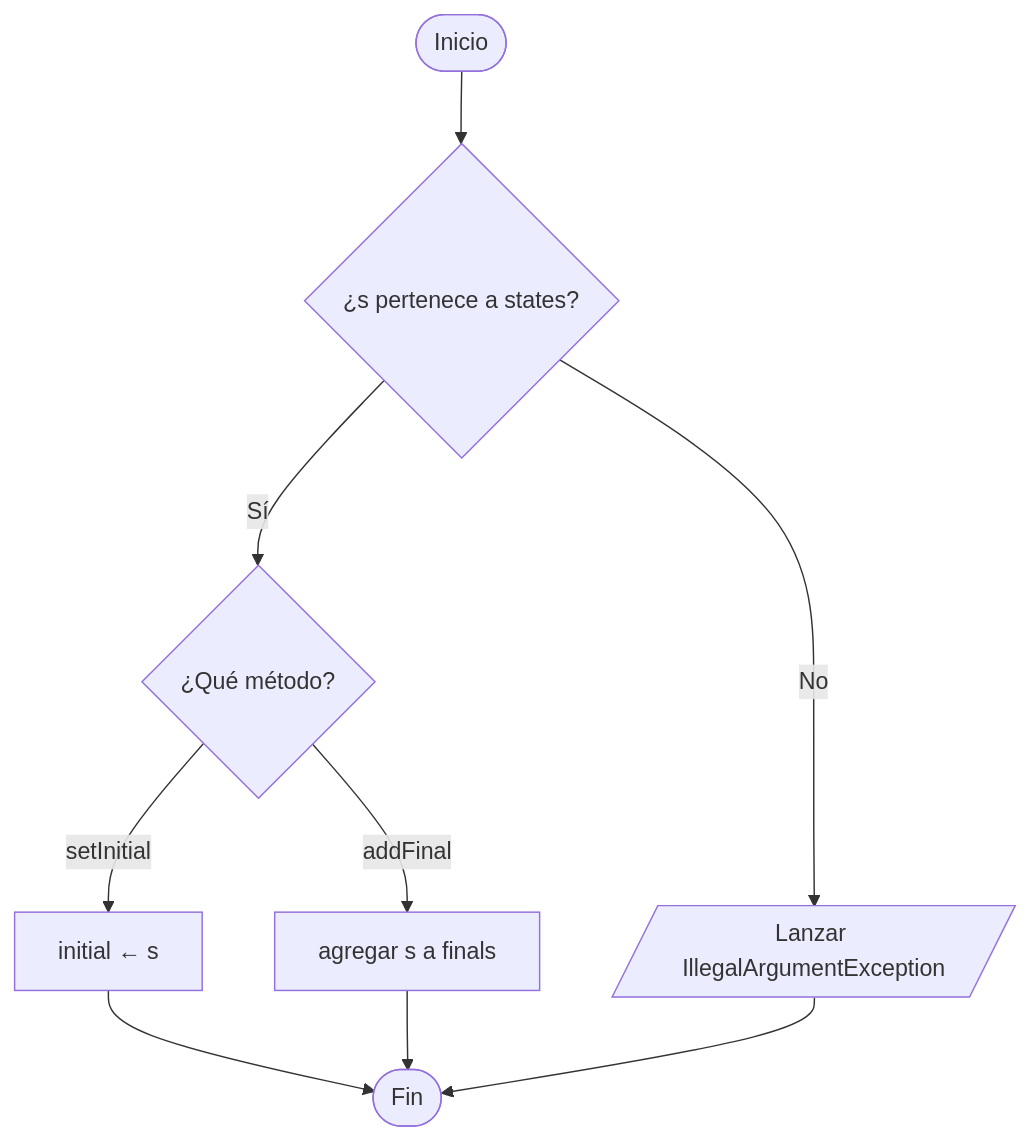
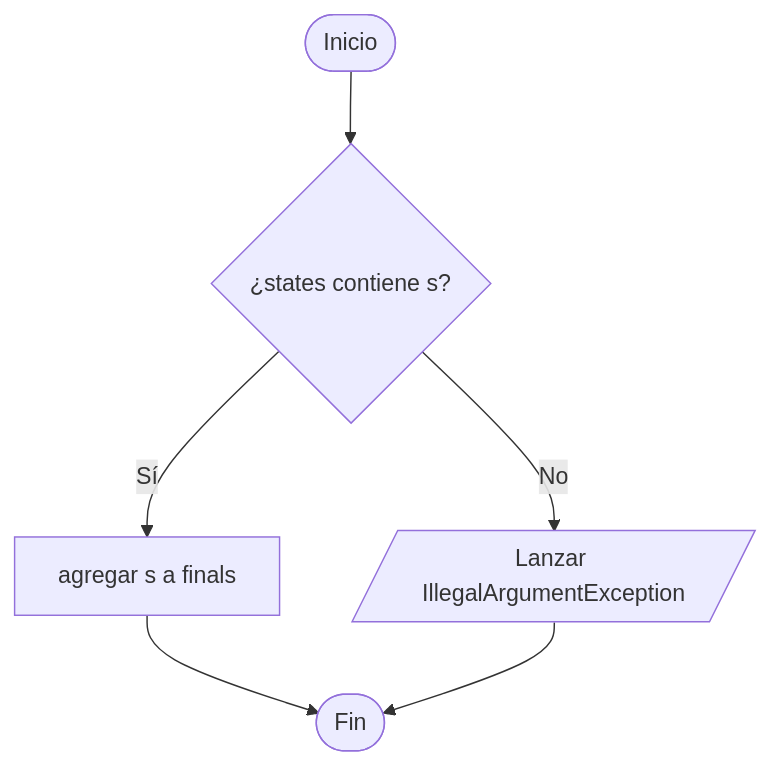
Before and after one commit to Leosanlo30/RegEx-to-DFA-Visualizer: the third of 9 diagrams in docs/diagramas/07-modelo-automatas.md, drawn with Mermaid. The commit also changed other lines of this file and 10 other files, not shown here.

Commit message:
docs: alinear diagramas de flujo con UML.md y REQUIREMENTS.md

````diff
--- a/docs/diagramas/07-modelo-automatas.md
+++ b/docs/diagramas/07-modelo-automatas.md
@@ -113,11 +39,8 @@
 ```mermaid
 flowchart TD
-    A([Inicio]) --> B{¿s pertenece a states?}
+    A([Inicio]) --> B{¿states contiene s?}
     B -- No --> ERR[/Lanzar IllegalArgumentException/]
-    B -- Sí --> C{¿Qué método?}
-    C -- setInitial --> D[initial ← s]
-    C -- addFinal --> E[agregar s a finals]
-    D --> Z([Fin])
-    E --> Z
+    B -- Sí --> C[agregar s a finals]
+    C --> Z([Fin])
     ERR --> Z
 ```
````
